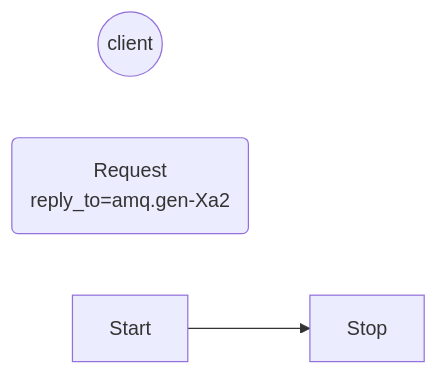
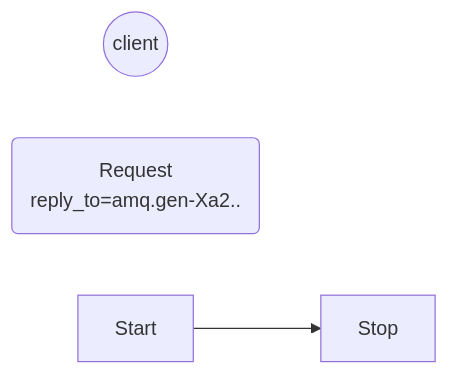
Before and after one commit to googlelxhgithub/iodraw-files: the diagram in all/未命名-7.md, drawn with Mermaid.

Commit message:
2024-08-30 19:04:02 update

````diff
--- a/all/未命名-7.md
+++ b/all/未命名-7.md
@@ -1,7 +1,7 @@
 ```mermaid
 flowchart LR
     C((client))
-    R(Request\nreply_to=amq.gen-Xa2)
+    R(Request\nreply_to=amq.gen-Xa2..)
     Start --> Stop
   
 ```
````
